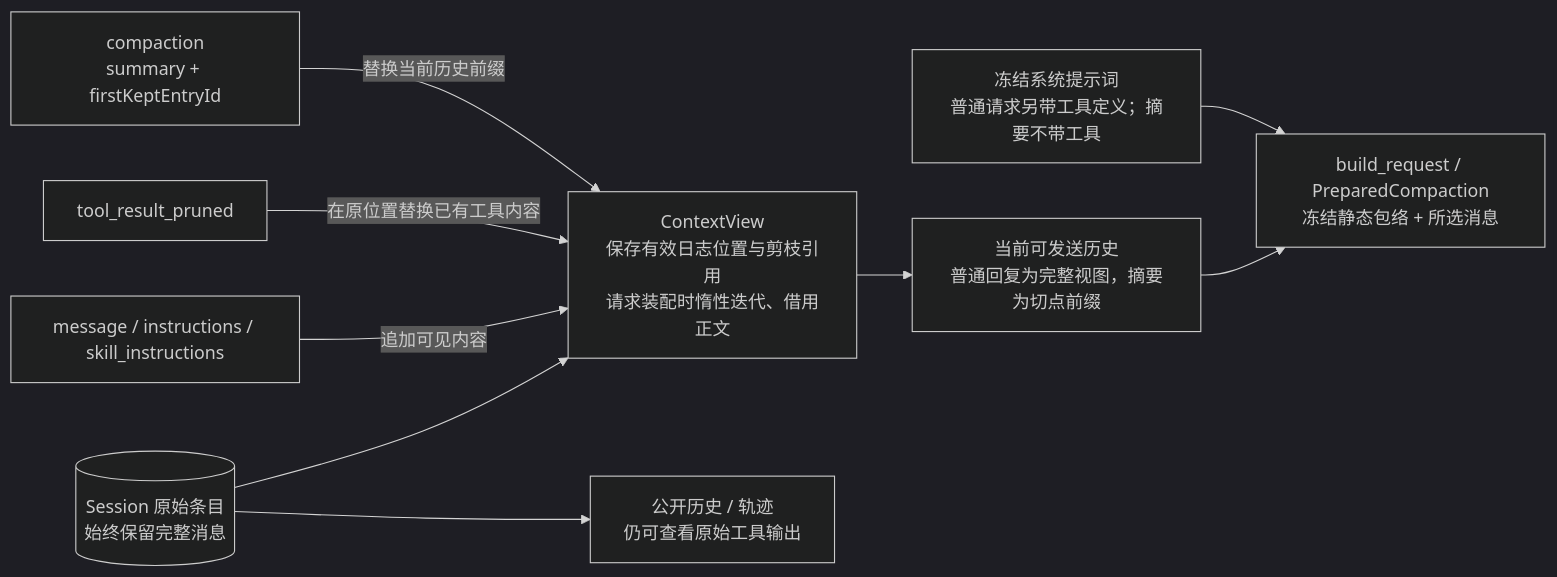
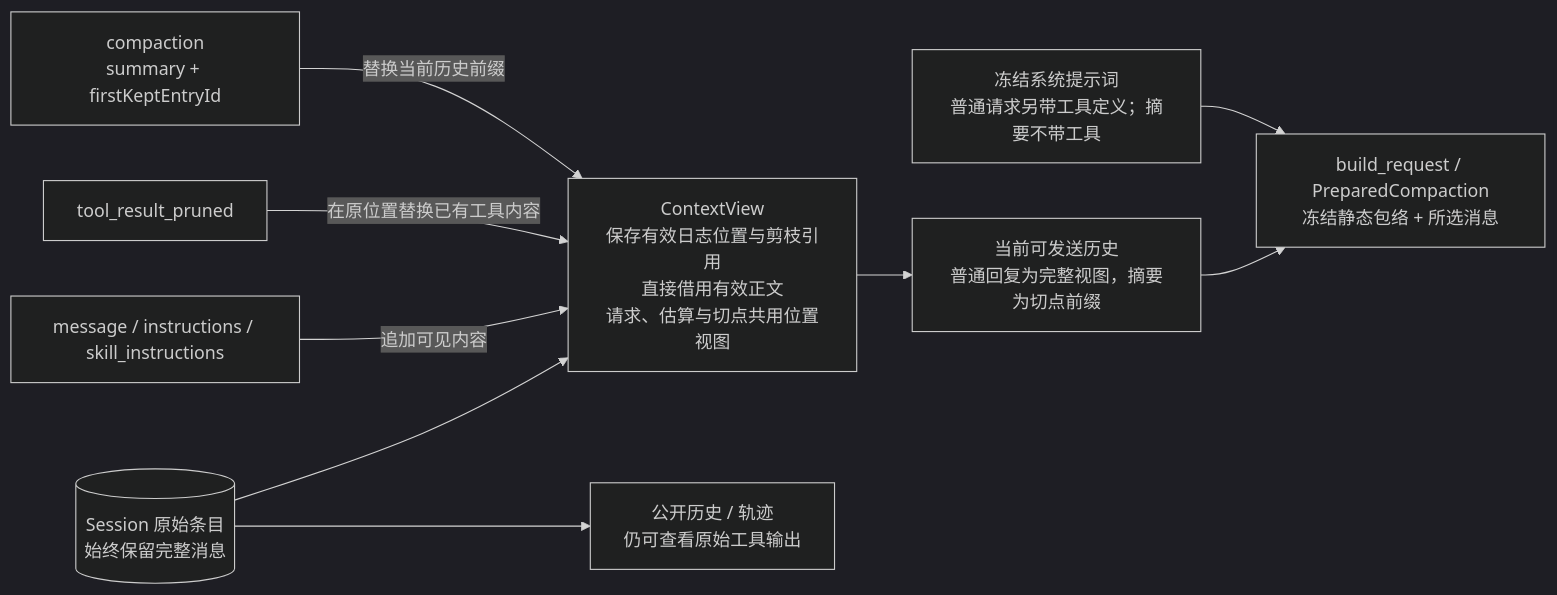
One commit to qjcnmd/singularity-agent changed diagram 22 of 29 in docs/singularity.md. Above: the diagram before and after it, drawn with Mermaid (dark theme). The commit also changed other lines of this file and 32 other files, not shown here.

````diff
--- a/docs/singularity.md
+++ b/docs/singularity.md
@@ -593,12 +595,12 @@
 ```mermaid
 flowchart LR
     Ledger[("Session 原始条目<br/>始终保留完整消息")]
-    Ledger --> Context["ContextView<br/>保存有效日志位置与剪枝引用<br/>请求装配时惰性迭代、借用正文"]
+    Ledger --> Context["ContextView<br/>保存有效日志位置与剪枝引用<br/>直接借用有效正文<br/>请求、估算与切点共用位置视图"]
     Ledger --> Public["公开历史 / 轨迹<br/>仍可查看原始工具输出"]
     Message["message / instructions / skill_instructions"] -->|"追加可见内容"| Context
     Prune["tool_result_pruned"] -->|"在原位置替换已有工具内容"| Context
     Compact["compaction<br/>summary + firstKeptEntryId"] -->|"替换当前历史前缀"| Context
     Context --> History["当前可发送历史<br/>普通回复为完整视图，摘要为切点前缀"]
     History --> Request["build_request / PreparedCompaction<br/>冻结静态包络 + 所选消息"]
     System["冻结系统提示词<br/>普通请求另带工具定义；摘要不带工具"] --> Request
 ```
````
